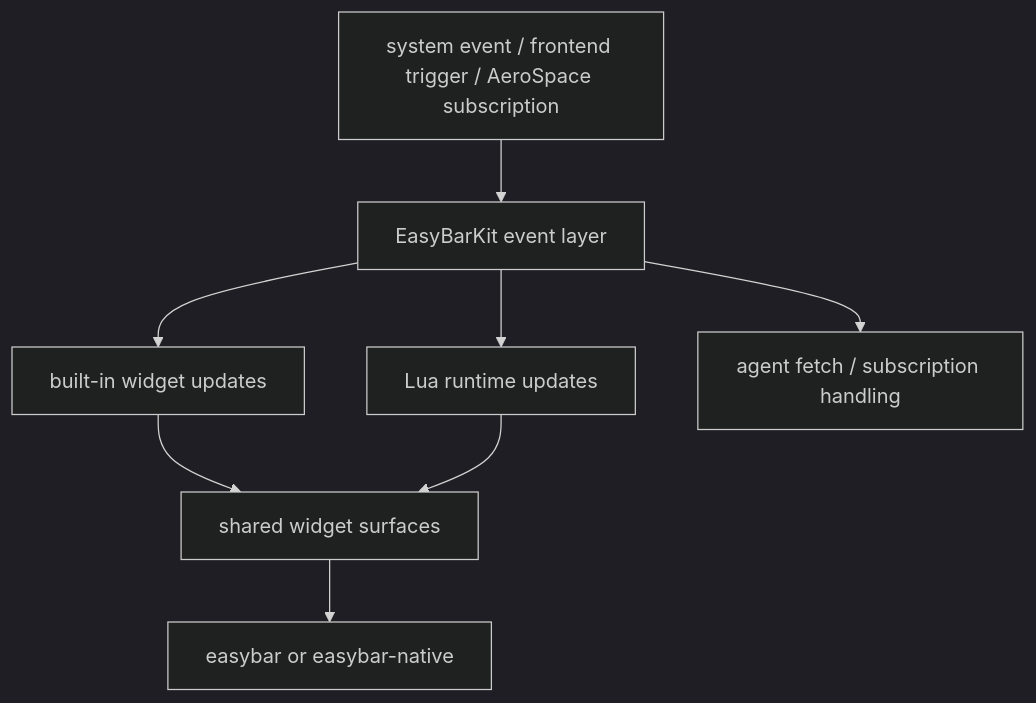
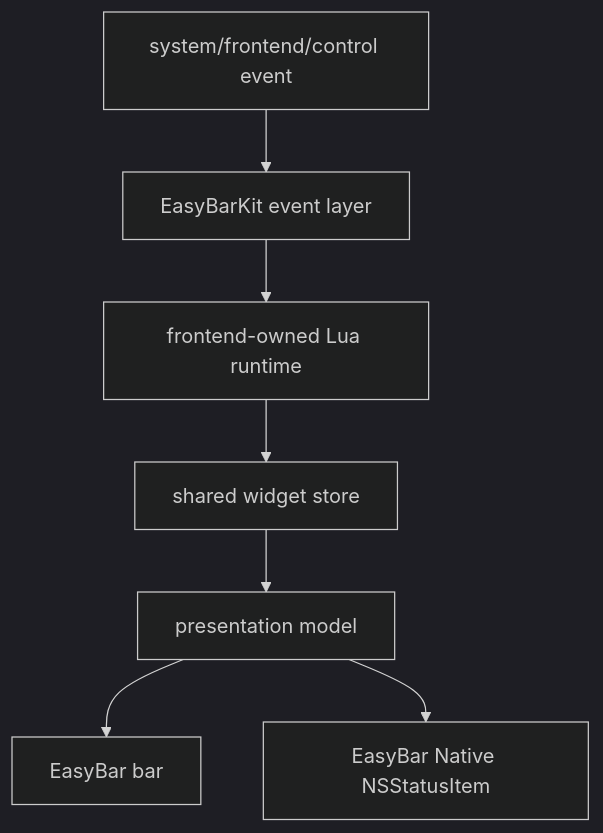
The first of 2 diagrams in content/internals/architecture/event-flow.md (easybar-app/docs), drawn with Mermaid (dark theme) before and after one commit. The commit also changed other lines of this file and 101 other files, not shown here.

````diff
--- a/content/internals/architecture/event-flow.md
+++ b/content/internals/architecture/event-flow.md
@@ -14,11 +8,9 @@
 ```mermaid
 flowchart TB
-    Trigger["system event / frontend trigger / AeroSpace subscription"] --> EventLayer["EasyBarKit event layer"]
-
-    EventLayer --> Native["built-in widget updates"]
-    EventLayer --> Lua["Lua runtime updates"]
-    EventLayer --> Agent["agent fetch / subscription handling"]
-    Native --> Surface["shared widget surfaces"]
-    Lua --> Surface
-    Surface --> Frontend["easybar or easybar-native"]
+    Trigger["system/frontend/control event"] --> EventHub["EasyBarKit event layer"]
+    EventHub --> Lua["frontend-owned Lua runtime"]
+    Lua --> Store["shared widget store"]
+    Store --> Surface["presentation model"]
+    Surface --> EasyBar["EasyBar bar"]
+    Surface --> Native["EasyBar Native NSStatusItem"]
 ```
````
